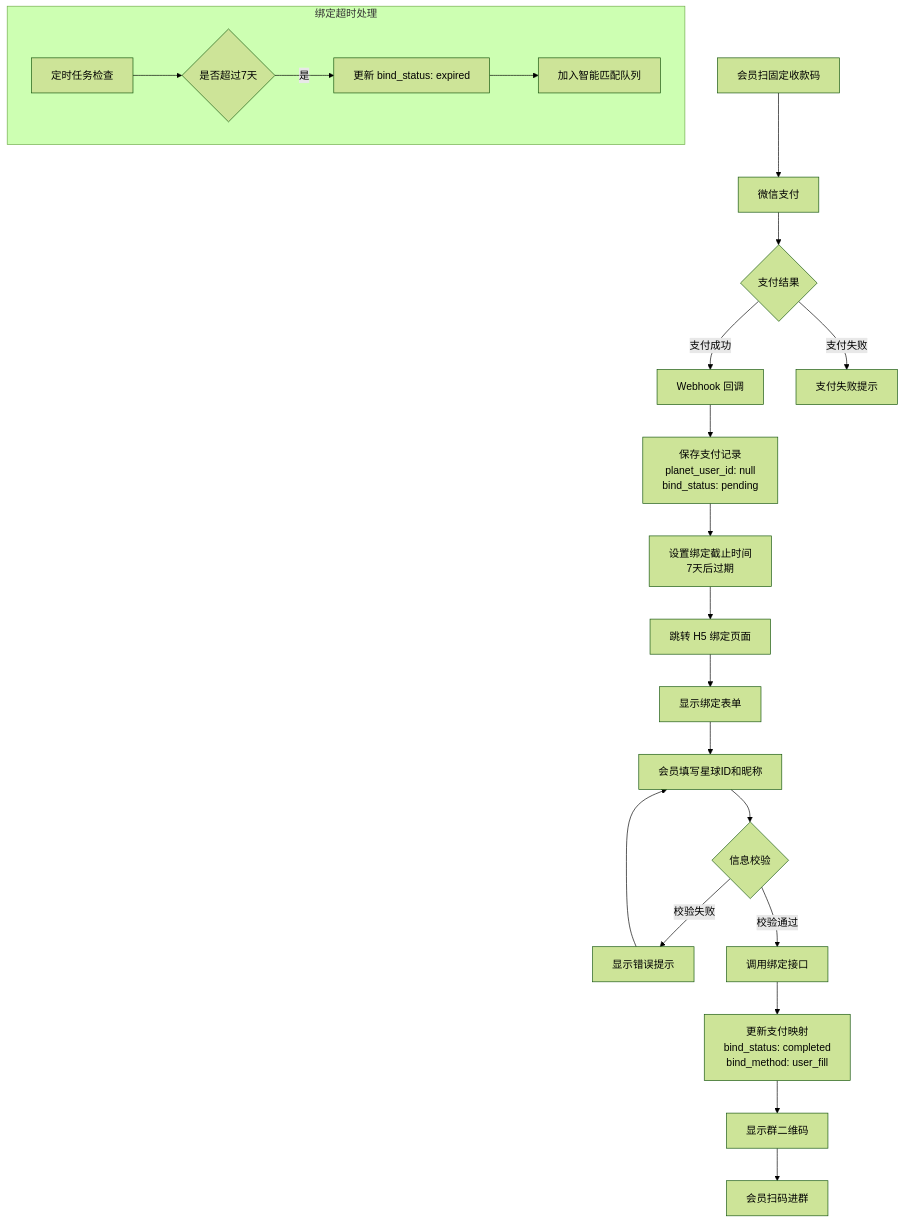
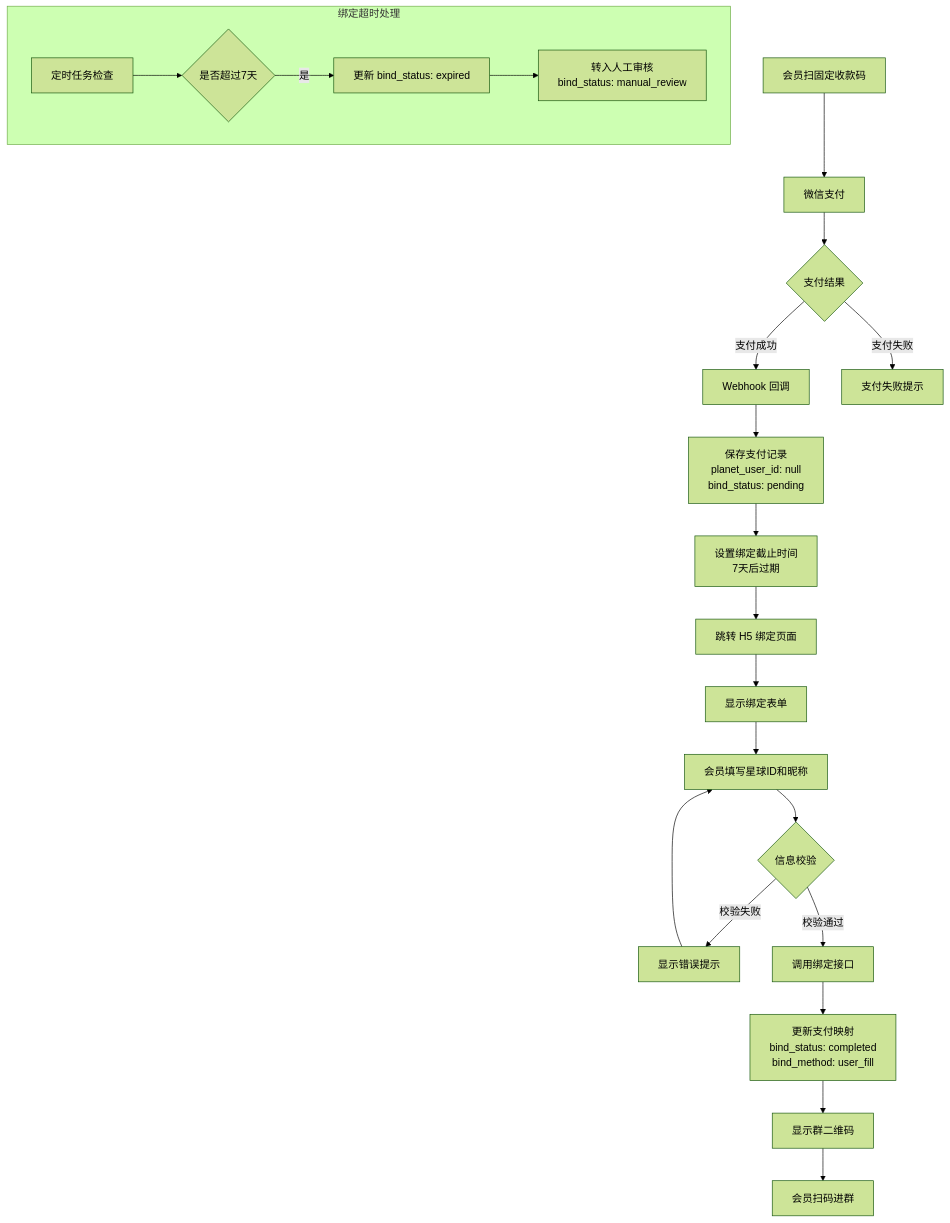
The fourth of 13 diagrams in docs/v1/diagrams/业务流程图.md (yiancode/AutoDepositRefundAgent), drawn with Mermaid (forest theme) before and after one commit. The commit also changed other lines of this file and 5 other files, not shown here.

First line of the commit message:
docs(design): 同步 diagrams 与技术方案，移除智能匹配逻辑

````diff
--- a/docs/v1/diagrams/业务流程图.md
+++ b/docs/v1/diagrams/业务流程图.md
@@ -117,35 +119,36 @@
 ```mermaid
 flowchart TD
     A[会员扫固定收款码] --> B[微信支付]
     B --> C{支付结果}
 
     C -->|支付成功| D[Webhook 回调]
     C -->|支付失败| E[支付失败提示]
 
     D --> F["保存支付记录
     planet_user_id: null
     bind_status: pending"]
     F --> G["设置绑定截止时间
     7天后过期"]
     G --> H[跳转 H5 绑定页面]
 
     H --> I[显示绑定表单]
     I --> J[会员填写星球ID和昵称]
     J --> K{信息校验}
 
     K -->|校验失败| L[显示错误提示]
     L --> J
 
     K -->|校验通过| M[调用绑定接口]
     M --> N["更新支付映射
     bind_status: completed
     bind_method: user_fill"]
     N --> O[显示群二维码]
     O --> P[会员扫码进群]
 
     subgraph 绑定超时处理
         Q[定时任务检查] --> R{是否超过7天}
         R -->|是| S["更新 bind_status: expired"]
-        S --> T[加入智能匹配队列]
+        S --> T["转入人工审核
+        bind_status: manual_review"]
     end
 ```
````
